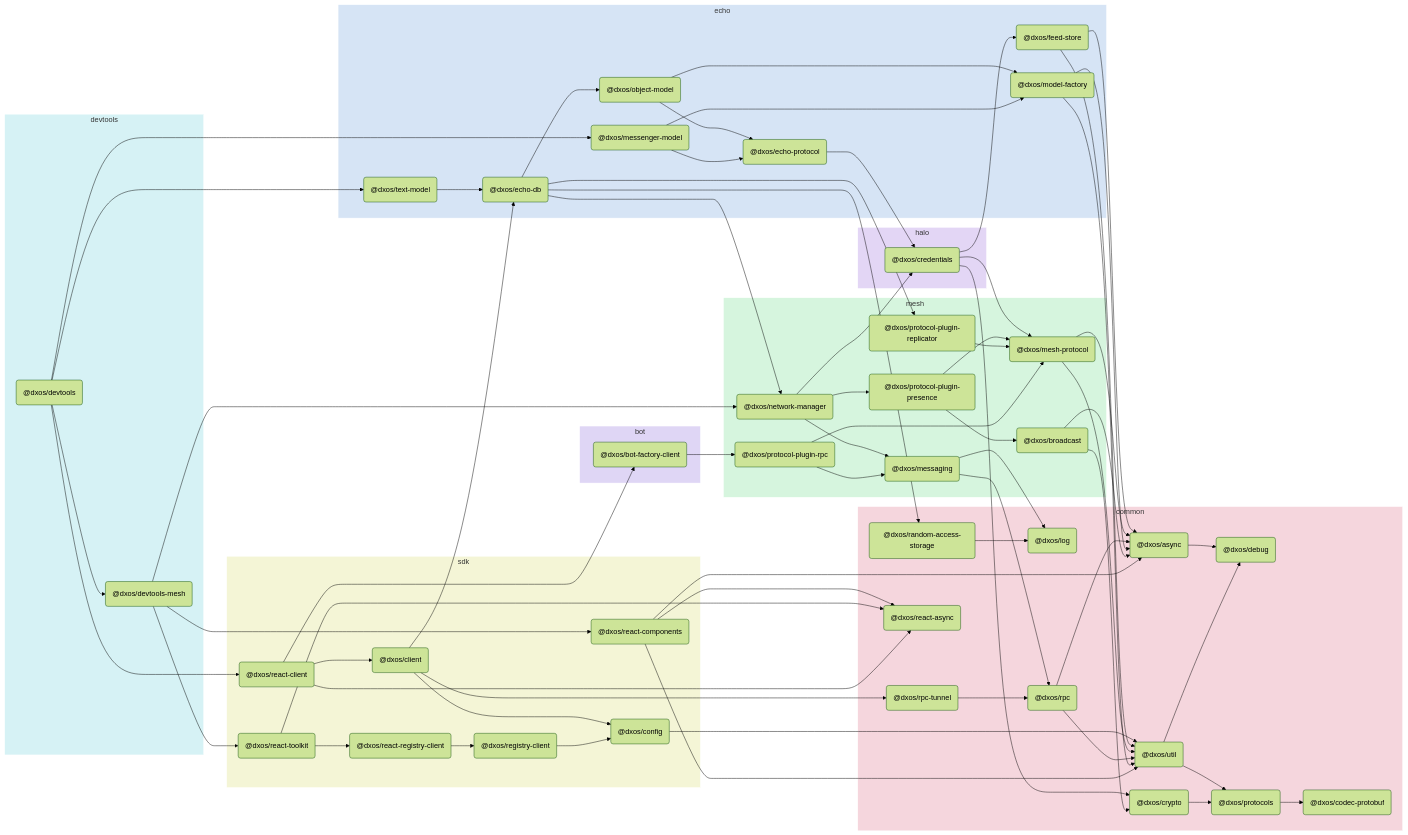
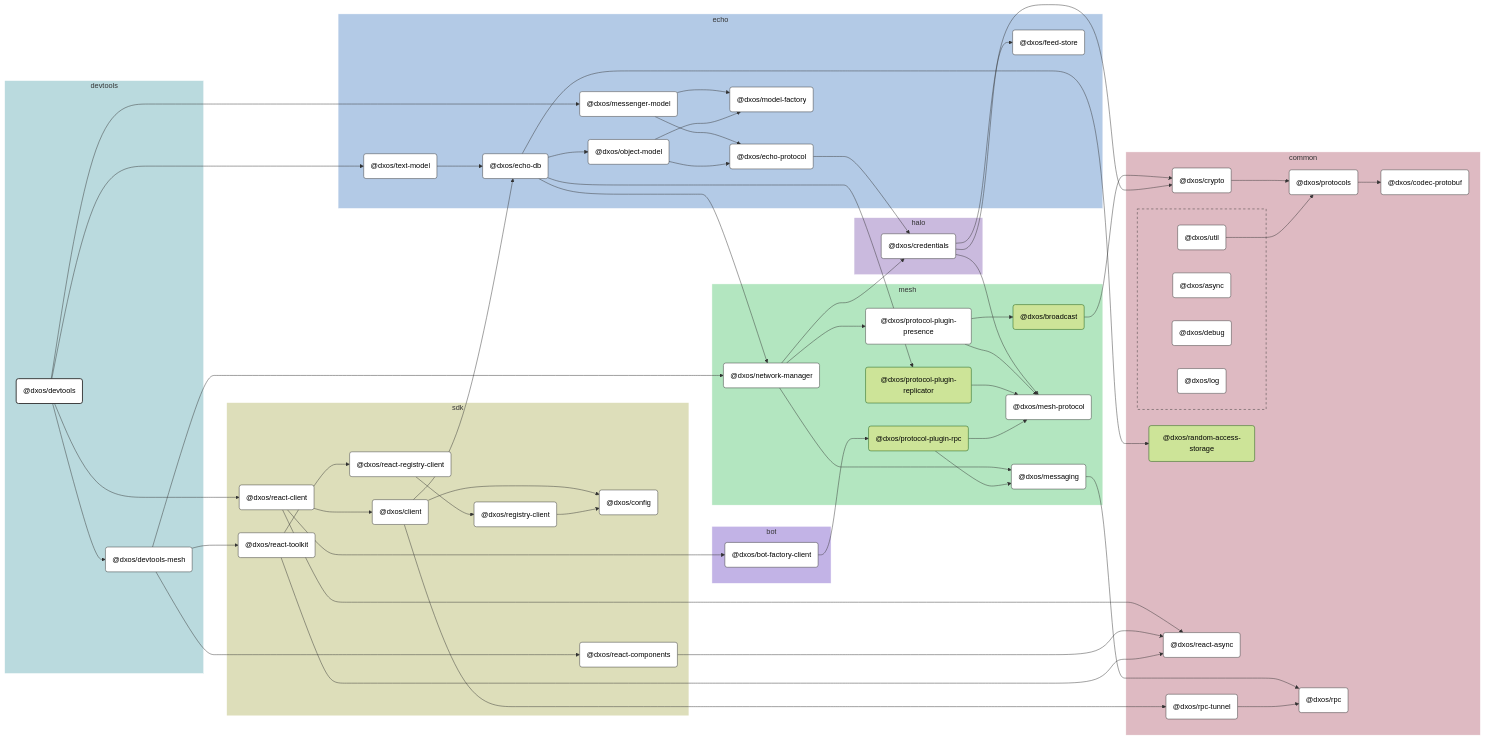
Before and after one commit to dxos/dxos: the diagram in packages/devtools/devtools/docs/README.md, drawn with Mermaid (forest theme). The commit also changed other lines of this file and 109 other files, not shown here.

````diff
--- a/packages/devtools/devtools/docs/README.md
+++ b/packages/devtools/devtools/docs/README.md
@@ -5,130 +7,203 @@
 ```mermaid
-flowchart LR;
+%%{ init: {'flowchart':{'curve':'basis'}} }%%
 
+flowchart LR
+
+%% Links
+dxos/bot-factory-client --> dxos/protocol-plugin-rpc;
+dxos/broadcast --> dxos/crypto;
+dxos/client --> dxos/config;
+dxos/client --> dxos/echo-db;
+dxos/client --> dxos/rpc-tunnel;
+dxos/credentials --> dxos/crypto;
+dxos/credentials --> dxos/feed-store;
+dxos/credentials --> dxos/mesh-protocol;
+dxos/crypto --> dxos/protocols;
+dxos/devtools --> dxos/devtools-mesh;
+dxos/devtools --> dxos/messenger-model;
+dxos/devtools --> dxos/react-client;
+dxos/devtools --> dxos/text-model;
+dxos/devtools-mesh --> dxos/network-manager;
+dxos/devtools-mesh --> dxos/react-components;
+dxos/devtools-mesh --> dxos/react-toolkit;
+dxos/echo-db --> dxos/network-manager;
+dxos/echo-db --> dxos/object-model;
+dxos/echo-db --> dxos/protocol-plugin-replicator;
+dxos/echo-db --> dxos/random-access-storage;
+dxos/echo-protocol --> dxos/credentials;
+dxos/messaging --> dxos/rpc;
+dxos/messenger-model --> dxos/echo-protocol;
+dxos/messenger-model --> dxos/model-factory;
+dxos/network-manager --> dxos/credentials;
+dxos/network-manager --> dxos/messaging;
+dxos/network-manager --> dxos/protocol-plugin-presence;
+dxos/object-model --> dxos/echo-protocol;
+dxos/object-model --> dxos/model-factory;
+dxos/protocol-plugin-presence --> dxos/broadcast;
+dxos/protocol-plugin-presence --> dxos/mesh-protocol;
+dxos/protocol-plugin-replicator --> dxos/mesh-protocol;
+dxos/protocol-plugin-rpc --> dxos/mesh-protocol;
+dxos/protocol-plugin-rpc --> dxos/messaging;
+dxos/protocols --> dxos/codec-protobuf;
+dxos/react-client --> dxos/bot-factory-client;
+dxos/react-client --> dxos/client;
+dxos/react-client --> dxos/react-async;
+dxos/react-components --> dxos/react-async;
+dxos/react-registry-client --> dxos/registry-client;
+dxos/react-toolkit --> dxos/react-async;
+dxos/react-toolkit --> dxos/react-registry-client;
+dxos/registry-client --> dxos/config;
+dxos/rpc-tunnel --> dxos/rpc;
+dxos/text-model --> dxos/echo-db;
+dxos/util --> dxos/protocols;
+
+%% Sections
 subgraph devtools
-  style devtools fill:#d6f2f5,stroke:#fff;
-  dxos/devtools("@dxos/devtools");
-  dxos/devtools-mesh("@dxos/devtools-mesh");
+  style devtools fill:#badade,stroke:#fff;
+
+  dxos/devtools("@dxos/devtools")
+  dxos/devtools-mesh("@dxos/devtools-mesh")
 end
 
 subgraph common
-  style common fill:#f5d6dd,stroke:#fff;
-  dxos/async("@dxos/async");
-  dxos/debug("@dxos/debug");
-  dxos/codec-protobuf("@dxos/codec-protobuf");
-  dxos/protocols("@dxos/protocols");
-  dxos/util("@dxos/util");
-  dxos/log("@dxos/log");
-  dxos/crypto("@dxos/crypto");
-  dxos/rpc("@dxos/rpc");
-  dxos/random-access-storage("@dxos/random-access-storage");
-  dxos/rpc-tunnel("@dxos/rpc-tunnel");
-  dxos/react-async("@dxos/react-async");
+  style common fill:#debac2,stroke:#fff;
+
+  dxos/codec-protobuf("@dxos/codec-protobuf")
+  dxos/crypto("@dxos/crypto")
+  dxos/protocols("@dxos/protocols")
+  dxos/random-access-storage("@dxos/random-access-storage")
+  dxos/react-async("@dxos/react-async")
+  dxos/rpc("@dxos/rpc")
+  dxos/rpc-tunnel("@dxos/rpc-tunnel")
+
+  subgraph common-excluded [ ]
+    style common-excluded fill:#debac2,stroke:#333,stroke-dasharray:5 5;
+
+    dxos/async("@dxos/async")
+    dxos/debug("@dxos/debug")
+    dxos/log("@dxos/log")
+    dxos/util("@dxos/util")
+  end
 end
 
 subgraph sdk
-  style sdk fill:#f4f5d6,stroke:#fff;
-  dxos/client("@dxos/client");
-  dxos/config("@dxos/config");
-  dxos/react-components("@dxos/react-components");
-  dxos/react-toolkit("@dxos/react-toolkit");
-  dxos/react-registry-client("@dxos/react-registry-client");
-  dxos/registry-client("@dxos/registry-client");
-  dxos/react-client("@dxos/react-client");
+  style sdk fill:#dddeba,stroke:#fff;
+
+  dxos/client("@dxos/client")
+  dxos/config("@dxos/config")
+  dxos/react-client("@dxos/react-client")
+  dxos/react-components("@dxos/react-components")
+  dxos/react-registry-client("@dxos/react-registry-client")
+  dxos/react-toolkit("@dxos/react-toolkit")
+  dxos/registry-client("@dxos/registry-client")
 end
 
 subgraph echo
-  style echo fill:#d6e4f5,stroke:#fff;
-  dxos/echo-db("@dxos/echo-db");
-  dxos/feed-store("@dxos/feed-store");
-  dxos/echo-protocol("@dxos/echo-protocol");
-  dxos/model-factory("@dxos/model-factory");
-  dxos/object-model("@dxos/object-model");
-  dxos/messenger-model("@dxos/messenger-model");
-  dxos/text-model("@dxos/text-model");
+  style echo fill:#b3cae6,stroke:#fff;
+
+  dxos/echo-db("@dxos/echo-db")
+  dxos/echo-protocol("@dxos/echo-protocol")
+  dxos/feed-store("@dxos/feed-store")
+  dxos/messenger-model("@dxos/messenger-model")
+  dxos/model-factory("@dxos/model-factory")
+  dxos/object-model("@dxos/object-model")
+  dxos/text-model("@dxos/text-model")
 end
 
 subgraph halo
-  style halo fill:#e3d6f5,stroke:#fff;
-  dxos/credentials("@dxos/credentials");
+  style halo fill:#cabade,stroke:#fff;
+
+  dxos/credentials("@dxos/credentials")
 end
 
 subgraph mesh
-  style mesh fill:#d6f5de,stroke:#fff;
-  dxos/mesh-protocol("@dxos/mesh-protocol");
-  dxos/messaging("@dxos/messaging");
-  dxos/network-manager("@dxos/network-manager");
-  dxos/protocol-plugin-presence("@dxos/protocol-plugin-presence");
-  dxos/broadcast("@dxos/broadcast");
-  dxos/protocol-plugin-replicator("@dxos/protocol-plugin-replicator");
-  dxos/protocol-plugin-rpc("@dxos/protocol-plugin-rpc");
+  style mesh fill:#b3e6c0,stroke:#fff;
+
+  dxos/broadcast("@dxos/broadcast")
+  dxos/mesh-protocol("@dxos/mesh-protocol")
+  dxos/messaging("@dxos/messaging")
+  dxos/network-manager("@dxos/network-manager")
+  dxos/protocol-plugin-presence("@dxos/protocol-plugin-presence")
+  dxos/protocol-plugin-replicator("@dxos/protocol-plugin-replicator")
+  dxos/protocol-plugin-rpc("@dxos/protocol-plugin-rpc")
 end
 
 subgraph bot
-  style bot fill:#dfd6f5,stroke:#fff;
-  dxos/bot-factory-client("@dxos/bot-factory-client");
+  style bot fill:#c2b3e6,stroke:#fff;
+
+  dxos/bot-factory-client("@dxos/bot-factory-client")
 end
 
-dxos/async --> dxos/debug;
-dxos/client --> dxos/config;
-dxos/protocols --> dxos/codec-protobuf;
-dxos/config --> dxos/util;
-dxos/util --> dxos/debug;
-dxos/util --> dxos/protocols;
-dxos/client --> dxos/echo-db;
-dxos/credentials --> dxos/crypto;
-dxos/crypto --> dxos/protocols;
-dxos/credentials --> dxos/feed-store;
-dxos/feed-store --> dxos/async;
-dxos/feed-store --> dxos/util;
-dxos/credentials --> dxos/mesh-protocol;
-dxos/mesh-protocol --> dxos/async;
-dxos/mesh-protocol --> dxos/util;
-dxos/echo-protocol --> dxos/credentials;
-dxos/messaging --> dxos/log;
-dxos/messaging --> dxos/rpc;
-dxos/rpc --> dxos/async;
-dxos/rpc --> dxos/util;
-dxos/model-factory --> dxos/async;
-dxos/model-factory --> dxos/util;
-dxos/echo-db --> dxos/network-manager;
-dxos/network-manager --> dxos/credentials;
-dxos/network-manager --> dxos/messaging;
-dxos/network-manager --> dxos/protocol-plugin-presence;
-dxos/protocol-plugin-presence --> dxos/broadcast;
-dxos/broadcast --> dxos/async;
-dxos/broadcast --> dxos/crypto;
-dxos/protocol-plugin-presence --> dxos/mesh-protocol;
-dxos/echo-db --> dxos/object-model;
-dxos/object-model --> dxos/echo-protocol;
-dxos/object-model --> dxos/model-factory;
-dxos/echo-db --> dxos/protocol-plugin-replicator;
-dxos/protocol-plugin-replicator --> dxos/mesh-protocol;
-dxos/echo-db --> dxos/random-access-storage;
-dxos/random-access-storage --> dxos/log;
-dxos/client --> dxos/rpc-tunnel;
-dxos/rpc-tunnel --> dxos/rpc;
-dxos/devtools --> dxos/devtools-mesh;
-dxos/devtools-mesh --> dxos/network-manager;
-dxos/devtools-mesh --> dxos/react-components;
-dxos/react-components --> dxos/async;
-dxos/react-components --> dxos/react-async;
-dxos/react-components --> dxos/util;
-dxos/devtools-mesh --> dxos/react-toolkit;
-dxos/react-toolkit --> dxos/react-async;
-dxos/react-toolkit --> dxos/react-registry-client;
-dxos/react-registry-client --> dxos/registry-client;
-dxos/registry-client --> dxos/config;
-dxos/devtools --> dxos/messenger-model;
-dxos/messenger-model --> dxos/echo-protocol;
-dxos/messenger-model --> dxos/model-factory;
-dxos/devtools --> dxos/react-client;
-dxos/react-client --> dxos/bot-factory-client;
-dxos/bot-factory-client --> dxos/protocol-plugin-rpc;
-dxos/protocol-plugin-rpc --> dxos/messaging;
-dxos/protocol-plugin-rpc --> dxos/mesh-protocol;
-dxos/react-client --> dxos/client;
-dxos/react-client --> dxos/react-async;
-dxos/devtools --> dxos/text-model;
-dxos/text-model --> dxos/echo-db;
+
+%% Hyperlinks
+click dxos/async href "https:/github.com/dxos/dxos/tree/main/packages/common/async/docs";
+click dxos/bot-factory-client href "https:/github.com/dxos/dxos/tree/main/packages/bot/bot-factory-client/docs";
+click dxos/client href "https:/github.com/dxos/dxos/tree/main/packages/sdk/client/docs";
+click dxos/codec-protobuf href "https:/github.com/dxos/dxos/tree/main/packages/common/codec-protobuf/docs";
+click dxos/config href "https:/github.com/dxos/dxos/tree/main/packages/sdk/config/docs";
+click dxos/credentials href "https:/github.com/dxos/dxos/tree/main/packages/halo/credentials/docs";
+click dxos/crypto href "https:/github.com/dxos/dxos/tree/main/packages/common/crypto/docs";
+click dxos/debug href "https:/github.com/dxos/dxos/tree/main/packages/common/debug/docs";
+click dxos/devtools-mesh href "https:/github.com/dxos/dxos/tree/main/packages/devtools/devtools-mesh/docs";
+click dxos/echo-db href "https:/github.com/dxos/dxos/tree/main/packages/echo/echo-db/docs";
+click dxos/echo-protocol href "https:/github.com/dxos/dxos/tree/main/packages/echo/echo-protocol/docs";
+click dxos/feed-store href "https:/github.com/dxos/dxos/tree/main/packages/echo/feed-store/docs";
+click dxos/log href "https:/github.com/dxos/dxos/tree/main/packages/common/log/docs";
+click dxos/mesh-protocol href "https:/github.com/dxos/dxos/tree/main/packages/mesh/mesh-protocol/docs";
+click dxos/messaging href "https:/github.com/dxos/dxos/tree/main/packages/mesh/messaging/docs";
+click dxos/messenger-model href "https:/github.com/dxos/dxos/tree/main/packages/echo/messenger-model/docs";
+click dxos/model-factory href "https:/github.com/dxos/dxos/tree/main/packages/echo/model-factory/docs";
+click dxos/network-manager href "https:/github.com/dxos/dxos/tree/main/packages/mesh/network-manager/docs";
+click dxos/object-model href "https:/github.com/dxos/dxos/tree/main/packages/echo/object-model/docs";
+click dxos/protocol-plugin-presence href "https:/github.com/dxos/dxos/tree/main/packages/mesh/protocol-plugin-presence/docs";
+click dxos/protocols href "https:/github.com/dxos/dxos/tree/main/packages/common/protocols/docs";
+click dxos/react-async href "https:/github.com/dxos/dxos/tree/main/packages/common/react-async/docs";
+click dxos/react-client href "https:/github.com/dxos/dxos/tree/main/packages/sdk/react-client/docs";
+click dxos/react-components href "https:/github.com/dxos/dxos/tree/main/packages/sdk/react-components/docs";
+click dxos/react-registry-client href "https:/github.com/dxos/dxos/tree/main/packages/sdk/react-registry-client/docs";
+click dxos/react-toolkit href "https:/github.com/dxos/dxos/tree/main/packages/sdk/react-toolkit/docs";
+click dxos/registry-client href "https:/github.com/dxos/dxos/tree/main/packages/sdk/registry-client/docs";
+click dxos/rpc href "https:/github.com/dxos/dxos/tree/main/packages/common/rpc/docs";
+click dxos/rpc-tunnel href "https:/github.com/dxos/dxos/tree/main/packages/common/rpc-tunnel/docs";
+click dxos/text-model href "https:/github.com/dxos/dxos/tree/main/packages/echo/text-model/docs";
+click dxos/util href "https:/github.com/dxos/dxos/tree/main/packages/common/util/docs";
+
+%% Styles
+classDef rootNode fill:#fff,stroke:#333,stroke-width:2px
+classDef defaultNode fill:#fff,stroke:#333,stroke-width:1px
+linkStyle default stroke:#333,stroke-width:1px
+
+dxos/devtools:::rootNode
+
+dxos/async:::defaultNode
+dxos/bot-factory-client:::defaultNode
+dxos/client:::defaultNode
+dxos/codec-protobuf:::defaultNode
+dxos/config:::defaultNode
+dxos/credentials:::defaultNode
+dxos/crypto:::defaultNode
+dxos/debug:::defaultNode
+dxos/devtools-mesh:::defaultNode
+dxos/echo-db:::defaultNode
+dxos/echo-protocol:::defaultNode
+dxos/feed-store:::defaultNode
+dxos/log:::defaultNode
+dxos/mesh-protocol:::defaultNode
+dxos/messaging:::defaultNode
+dxos/messenger-model:::defaultNode
+dxos/model-factory:::defaultNode
+dxos/network-manager:::defaultNode
+dxos/object-model:::defaultNode
+dxos/protocol-plugin-presence:::defaultNode
+dxos/protocols:::defaultNode
+dxos/react-async:::defaultNode
+dxos/react-client:::defaultNode
+dxos/react-components:::defaultNode
+dxos/react-registry-client:::defaultNode
+dxos/react-toolkit:::defaultNode
+dxos/registry-client:::defaultNode
+dxos/rpc:::defaultNode
+dxos/rpc-tunnel:::defaultNode
+dxos/text-model:::defaultNode
+dxos/util:::defaultNode
 ```
````
